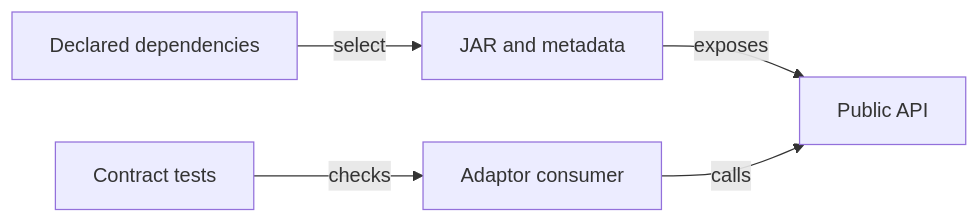
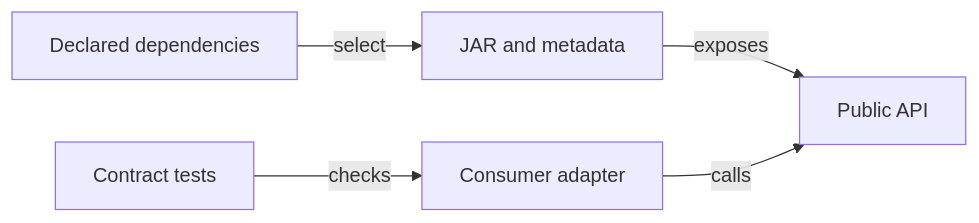
One commit to crististefanita/atf_j4 changed the diagram in docs/platform/ATF_Integration.md. Above: the diagram before and after it, drawn with Mermaid. The commit also changed other lines of this file and 126 other files, not shown here.

````diff
--- a/docs/platform/ATF_Integration.md
+++ b/docs/platform/ATF_Integration.md
@@ -9,7 +9,7 @@
 ```mermaid
 flowchart LR
     POM[Declared dependencies] -->|select| BINARY[JAR and metadata]
     BINARY -->|exposes| API[Public API]
-    ADAPTER[Adaptor consumer] -->|calls| API
+    ADAPTER[Consumer adapter] -->|calls| API
     TEST[Contract tests] -->|checks| ADAPTER
 ```
````
